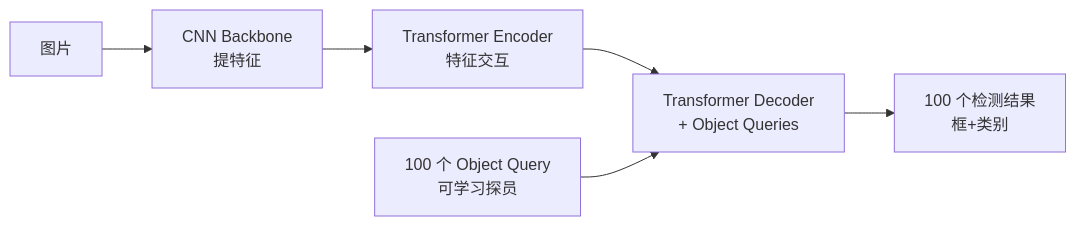
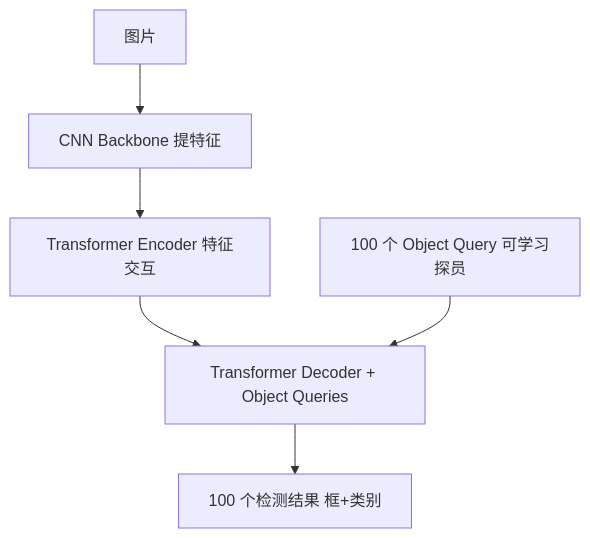
One commit to salad18/AutoDriveLearningNote changed the seventh of 8 diagrams in 01-基础理论/模型架构演进.md. Above: the diagram before and after it, drawn with Mermaid. The commit also changed other lines of this file and 40 other files, not shown here.

First line of the commit message:
docs: 新增数据闭环/面试/热点系列笔记，mermaid 图统一竖排

````diff
--- a/01-基础理论/模型架构演进.md
+++ b/01-基础理论/模型架构演进.md
@@ -170,8 +160,8 @@
 ```mermaid
-graph LR
-    IMG[图片] --> CNN[CNN Backbone<br/>提特征]
-    CNN --> ENC[Transformer Encoder<br/>特征交互]
-    ENC --> DEC[Transformer Decoder<br/>+ Object Queries]
-    OQ[100 个 Object Query<br/>可学习探员] --> DEC
-    DEC --> OUT[100 个检测结果<br/>框+类别]
+flowchart TD
+    IMG[图片] --> CNN[CNN Backbone 提特征]
+    CNN --> ENC[Transformer Encoder 特征交互]
+    ENC --> DEC[Transformer Decoder + Object Queries]
+    OQ[100 个 Object Query 可学习探员] --> DEC
+    DEC --> OUT[100 个检测结果 框+类别]
 ```
````
